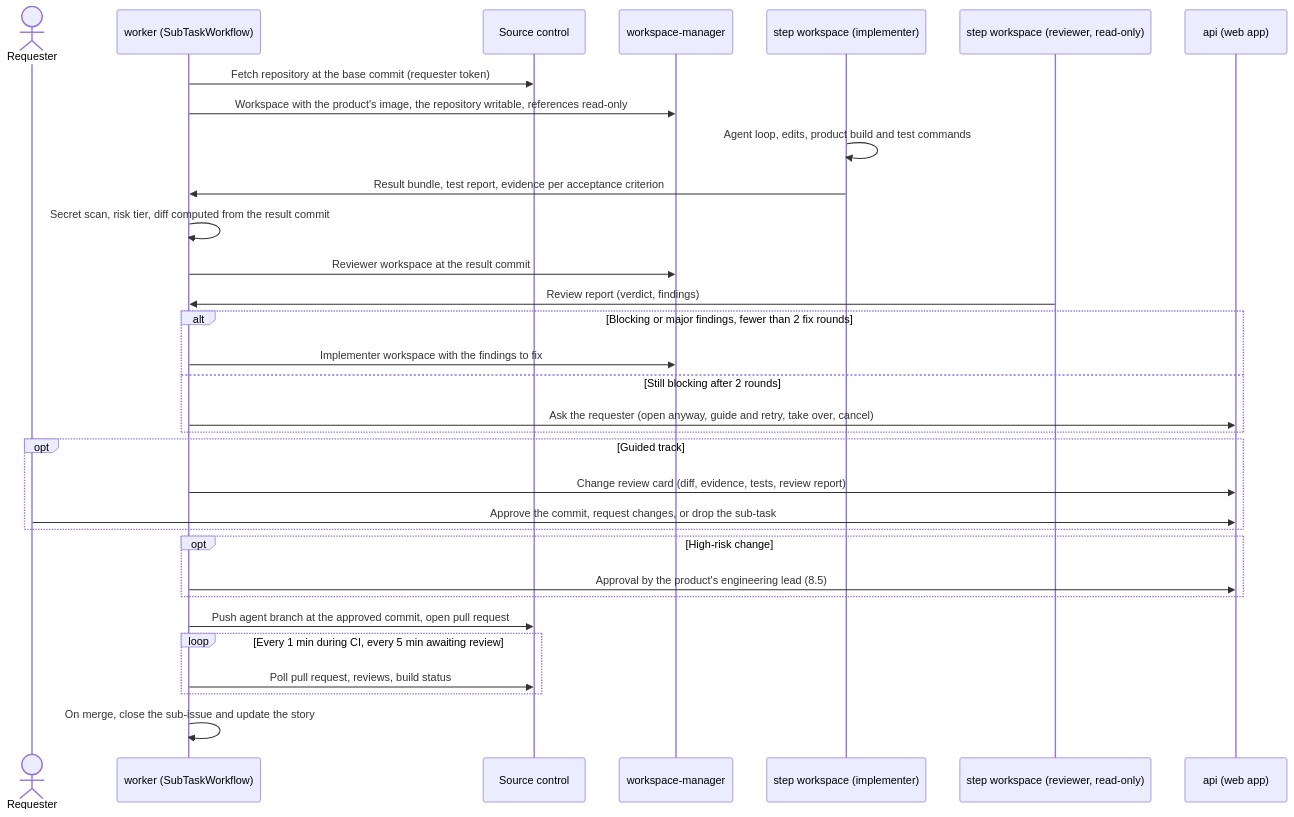
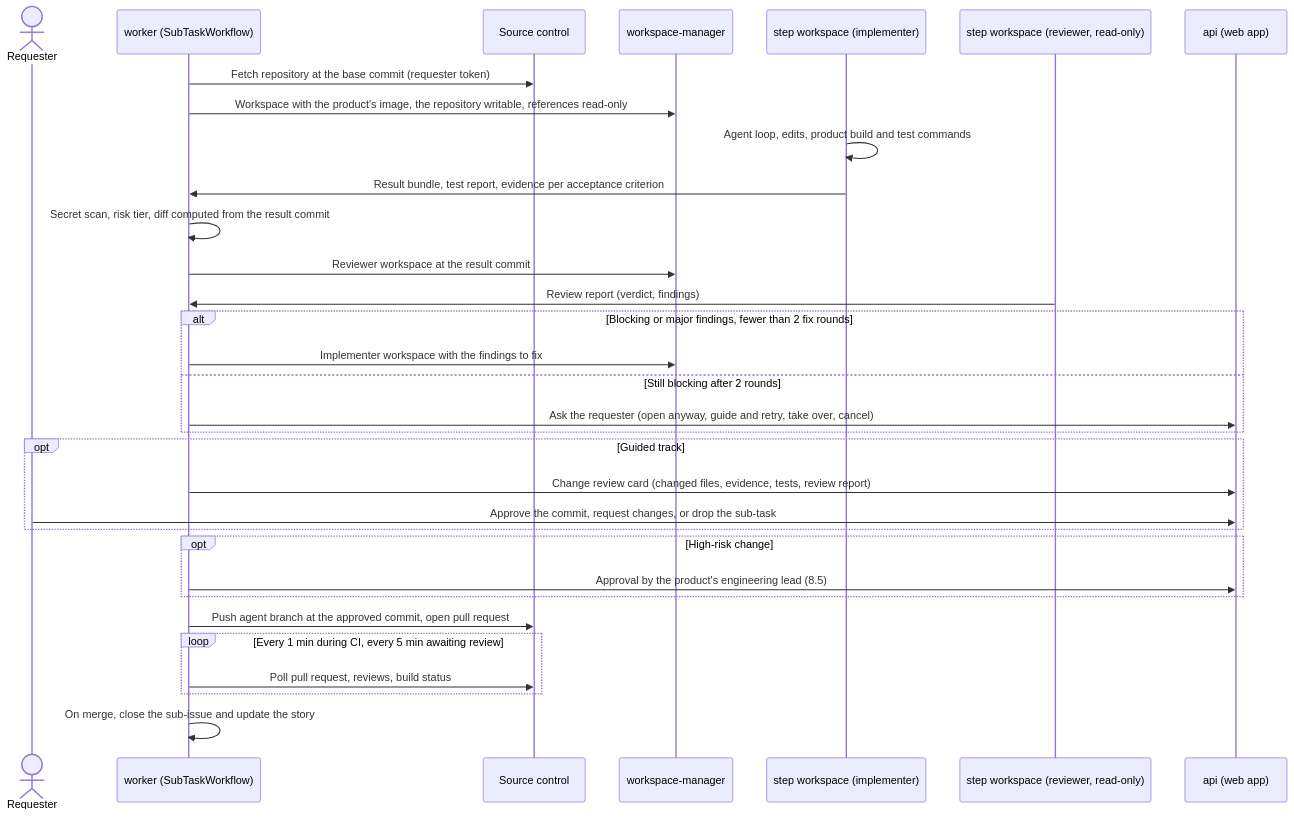
One commit to luigi-lt/orchestrator changed the fifth of 9 diagrams in docs/architecture.md. Above: the diagram before and after it, drawn with Mermaid. The commit also changed other lines of this file and 26 other files, not shown here.

````diff
--- a/docs/architecture.md
+++ b/docs/architecture.md
@@ -562,34 +562,34 @@
 ```mermaid
 sequenceDiagram
   actor Dev as Requester
   participant W as worker (SubTaskWorkflow)
   participant SC as Source control
   participant M as workspace-manager
   participant I as step workspace (implementer)
   participant R as step workspace (reviewer, read-only)
   participant API as api (web app)
   W->>SC: Fetch repository at the base commit (requester token)
   W->>M: Workspace with the product's image, the repository writable, references read-only
   I->>I: Agent loop, edits, product build and test commands
   I->>W: Result bundle, test report, evidence per acceptance criterion
   W->>W: Secret scan, risk tier, diff computed from the result commit
   W->>M: Reviewer workspace at the result commit
   R->>W: Review report (verdict, findings)
   alt Blocking or major findings, fewer than 2 fix rounds
     W->>M: Implementer workspace with the findings to fix
   else Still blocking after 2 rounds
     W->>API: Ask the requester (open anyway, guide and retry, take over, cancel)
   end
   opt Guided track
-    W->>API: Change review card (diff, evidence, tests, review report)
+    W->>API: Change review card (changed files, evidence, tests, review report)
     Dev->>API: Approve the commit, request changes, or drop the sub-task
   end
   opt High-risk change
     W->>API: Approval by the product's engineering lead (8.5)
   end
   W->>SC: Push agent branch at the approved commit, open pull request
   loop Every 1 min during CI, every 5 min awaiting review
     W->>SC: Poll pull request, reviews, build status
   end
   W->>W: On merge, close the sub-issue and update the story
 ```
````
